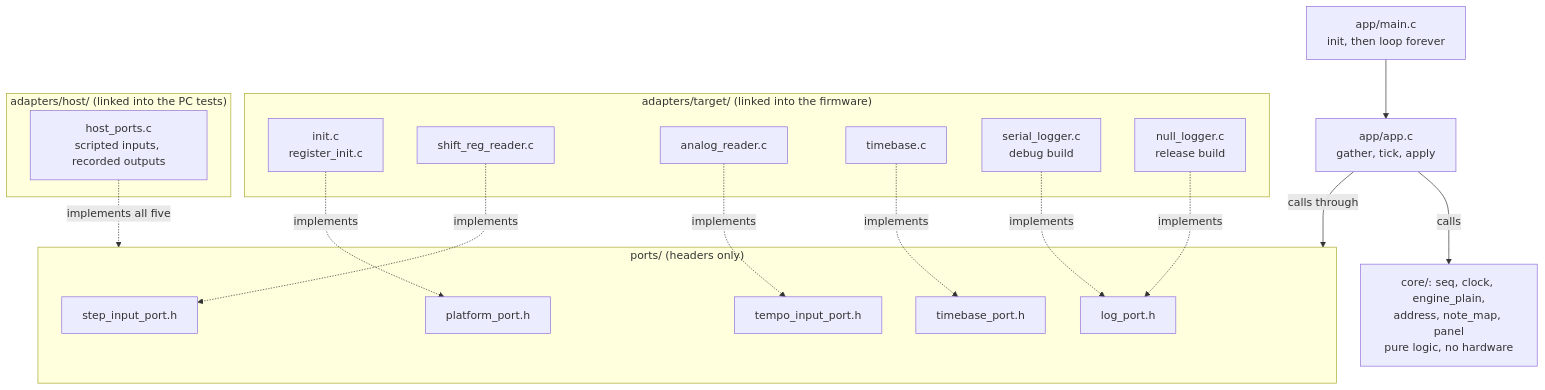
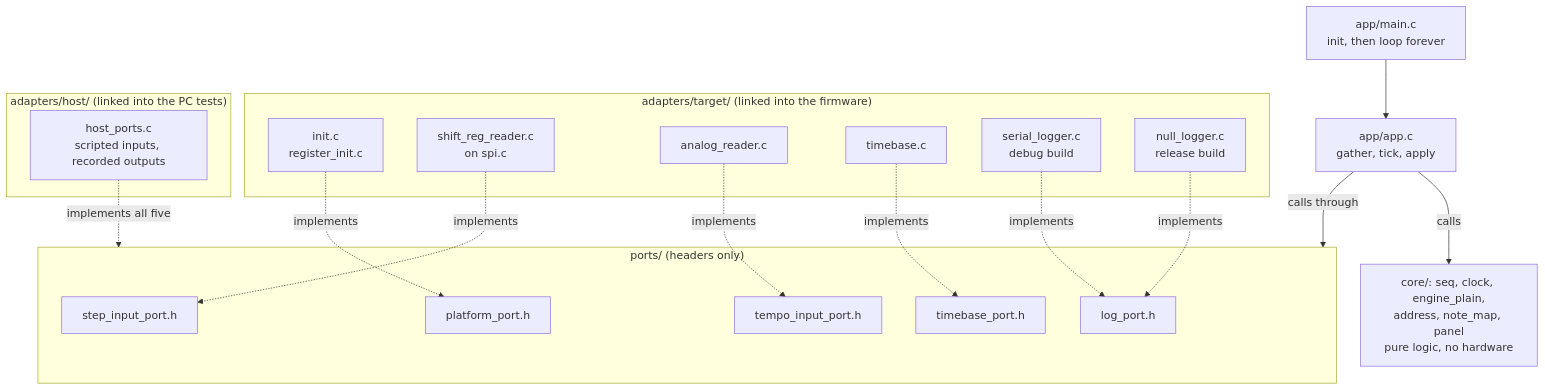
The second of 19 diagrams in docs/ARCHITECTURE.md (BonelessPig/nano_sequencer), drawn with Mermaid before and after one commit. The commit also changed other lines of this file and 26 other files, not shown here.

````diff
--- a/docs/ARCHITECTURE.md
+++ b/docs/ARCHITECTURE.md
@@ -49,31 +49,31 @@
 ```mermaid
 flowchart TD
     main["app/main.c<br/>init, then loop forever"] --> app["app/app.c<br/>gather, tick, apply"]
     app -->|"calls"| core["core/: seq, clock, engine_plain,<br/>address, note_map, panel<br/>pure logic, no hardware"]
     app -->|"calls through"| ports
     subgraph ports["ports/ (headers only)"]
         p_platform["platform_port.h"]
         p_step["step_input_port.h"]
         p_tempo["tempo_input_port.h"]
         p_time["timebase_port.h"]
         p_log["log_port.h"]
     end
     subgraph target["adapters/target/ (linked into the firmware)"]
         t_init["init.c<br/>register_init.c"]
-        t_shift["shift_reg_reader.c"]
+        t_shift["shift_reg_reader.c<br/>on spi.c"]
         t_adc["analog_reader.c"]
         t_time["timebase.c"]
         t_serial["serial_logger.c<br/>debug build"]
         t_null["null_logger.c<br/>release build"]
     end
     subgraph host["adapters/host/ (linked into the PC tests)"]
         h_ports["host_ports.c<br/>scripted inputs, recorded outputs"]
     end
     t_init -.->|"implements"| p_platform
     t_shift -.->|"implements"| p_step
     t_adc -.->|"implements"| p_tempo
     t_time -.->|"implements"| p_time
     t_serial -.->|"implements"| p_log
     t_null -.->|"implements"| p_log
     h_ports -.->|"implements all five"| ports
 ```
````
